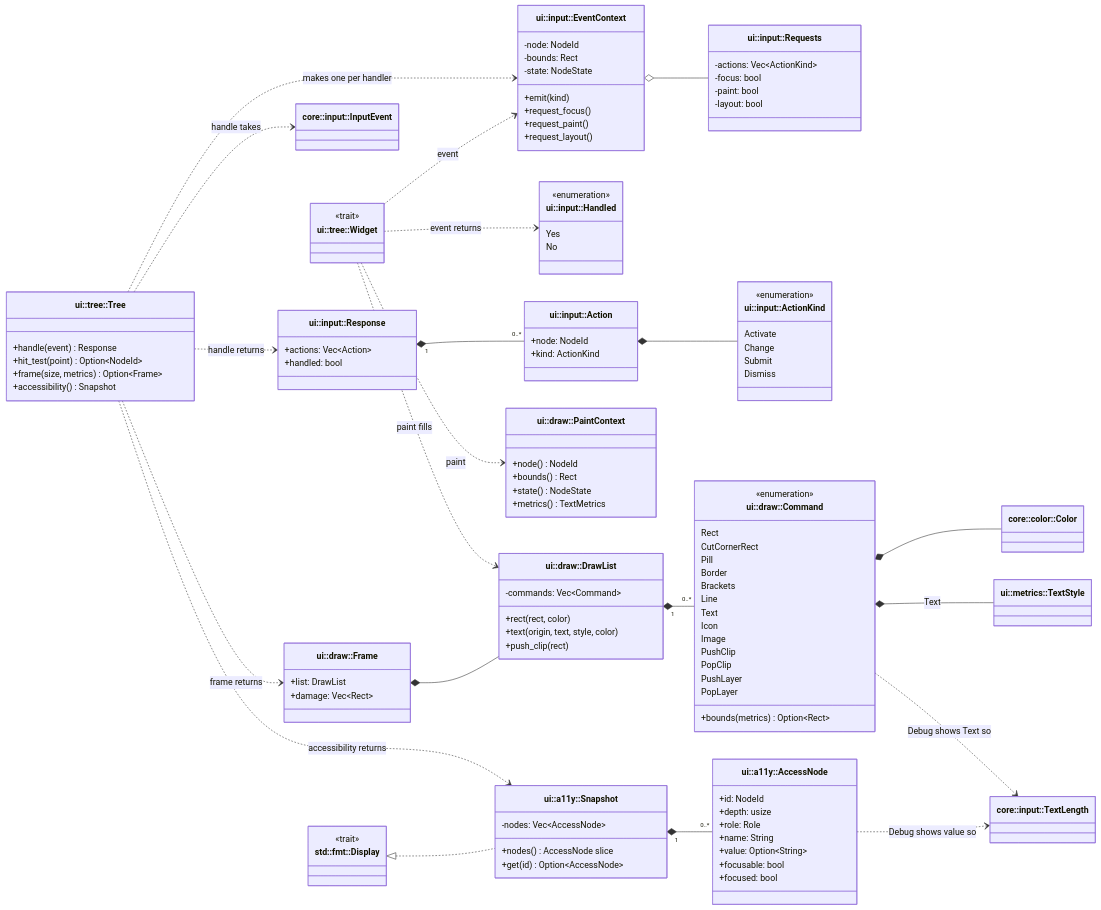
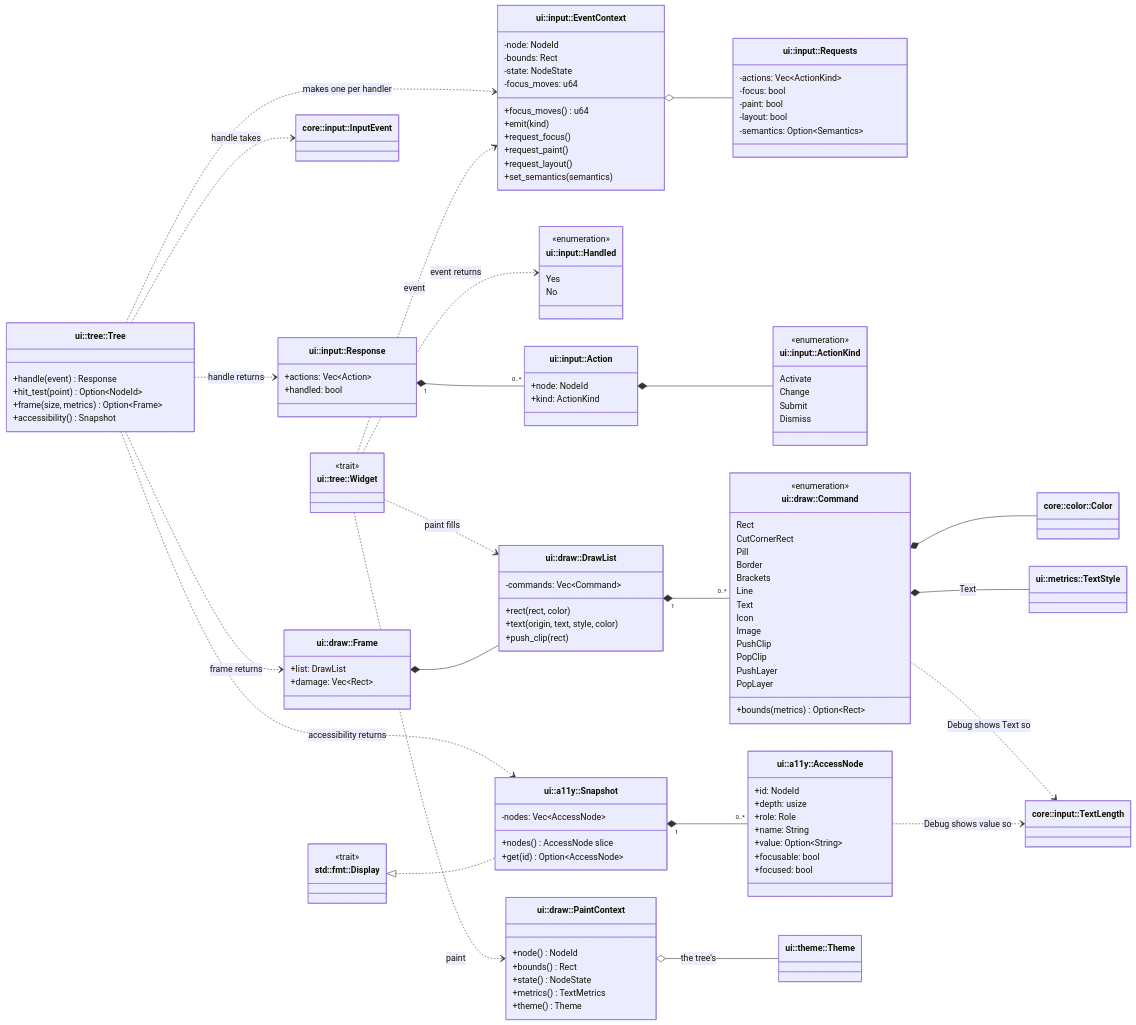
One commit to jabbott-iii/Tidepool changed diagram 44 of 47 in diagrams/class-diagrams.md. Above: the diagram before and after it, drawn with Mermaid. The commit also changed other lines of this file and 64 other files, not shown here.

First line of the commit message:
ui: controls, theme tokens and grapheme editing (M3.6)

```diff
--- a/diagrams/class-diagrams.md
+++ b/diagrams/class-diagrams.md
@@ -3888,16 +3900,20 @@
         -node: NodeId
         -bounds: Rect
         -state: NodeState
+        -focus_moves: u64
+        +focus_moves() u64
         +emit(kind)
         +request_focus()
         +request_paint()
         +request_layout()
+        +set_semantics(semantics)
     }
     class Requests["ui::input::Requests"] {
         -actions: Vec~ActionKind~
         -focus: bool
         -paint: bool
         -layout: bool
+        -semantics: Option~Semantics~
     }
     class Handled["ui::input::Handled"] {
         <<enumeration>>
@@ -3924,6 +3940,7 @@
         +bounds() Rect
         +state() NodeState
         +metrics() TextMetrics
+        +theme() Theme
     }
     class DrawList["ui::draw::DrawList"] {
         -commands: Vec~Command~
@@ -3972,6 +3989,7 @@
         <<trait>>
     }
     class TextLength["core::input::TextLength"]
+    class Theme["ui::theme::Theme"]
 
     Tree ..> InputEvent : handle takes
     Tree ..> EventContext : makes one per handler
@@ -3979,6 +3997,7 @@
     Widget ..> EventContext : event
     Widget ..> Handled : event returns
     Widget ..> PaintContext : paint
+    PaintContext o-- Theme : the tree's
     Widget ..> DrawList : paint fills
     Tree ..> Response : handle returns
     Response "1" *-- "0..*" Action
```
